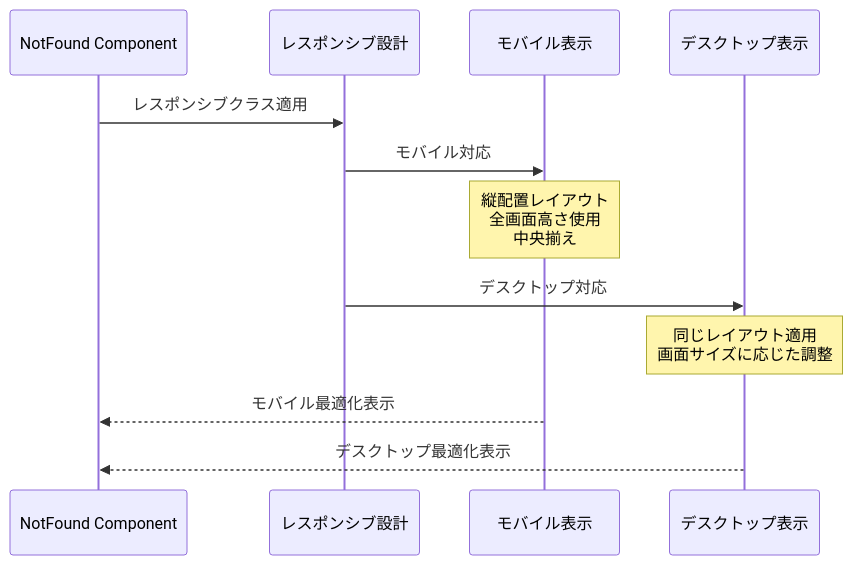
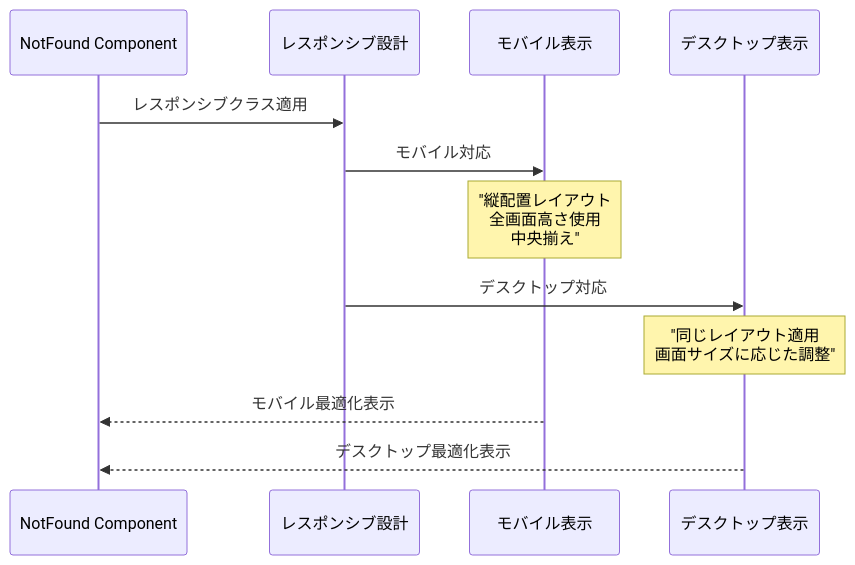
One commit to wasabi49/ocs-systemDevelopmentExercises changed the fifth of 9 diagrams in document/pages/sequence/not-found.md. Above: the diagram before and after it, drawn with Mermaid. The commit also changed other lines of this file and 42 other files, not shown here.

First line of the commit message:
fix: mermaidシーケンス図のNote over文でダブルクォーテーション不足を修正

````diff
--- a/document/pages/sequence/not-found.md
+++ b/document/pages/sequence/not-found.md
@@ -102,18 +102,18 @@
 ```mermaid
 sequenceDiagram
     participant NotFound as NotFound Component
     participant Responsive as レスポンシブ設計
     participant Mobile as モバイル表示
     participant Desktop as デスクトップ表示
 
     NotFound->>Responsive: レスポンシブクラス適用
     
     Responsive->>Mobile: モバイル対応
-    Note over Mobile: 縦配置レイアウト<br/>全画面高さ使用<br/>中央揃え
+    Note over Mobile: "縦配置レイアウト<br/>全画面高さ使用<br/>中央揃え"
     
     Responsive->>Desktop: デスクトップ対応
-    Note over Desktop: 同じレイアウト適用<br/>画面サイズに応じた調整
+    Note over Desktop: "同じレイアウト適用<br/>画面サイズに応じた調整"
     
     Mobile-->>NotFound: モバイル最適化表示
     Desktop-->>NotFound: デスクトップ最適化表示
 ```
````
